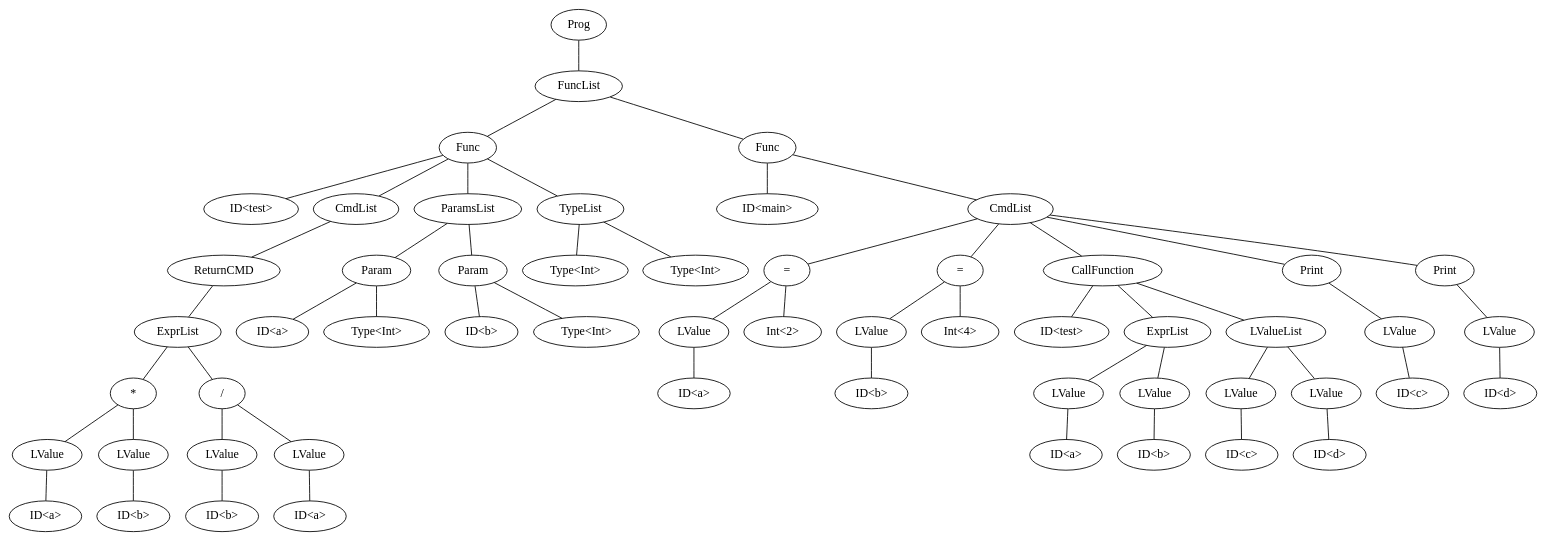
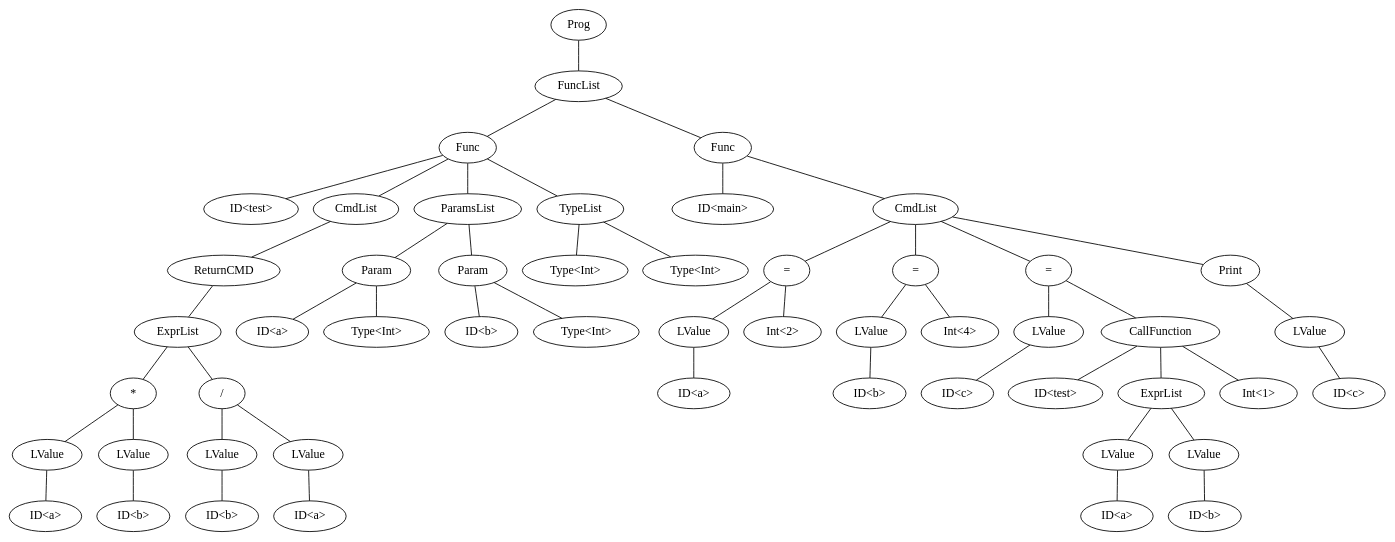
One commit to Patrick448/Trabalho-Compiladores changed the diagram in ast.dot. Above: the diagram before and after it, drawn with Graphviz. The commit also changed 1 other file, not shown here.

```diff
--- a/ast.dot
+++ b/ast.dot
@@ -1,113 +1,105 @@
 graph program {
-55 [label=Prog]
-55--25
+51 [label=Prog]
+51--25
 25 [label=FuncList]
 25--24
 24 [label="Func"]
 24--23
 23 [label="ID<test>"]
 24--22
 22 [label=CmdList]
 22--21
 21 [label="ReturnCMD"]
 21--15
 15 [label=ExprList]
 15--14
 14 [label= "*"]
 14--11
 11 [label="LValue"]
 11--10
 10 [label="ID<a>"]
 14--13
 13 [label="LValue"]
 13--12
 12 [label="ID<b>"]
 15--20
 20 [label= "/"]
 20--17
 17 [label="LValue"]
 17--16
 16 [label="ID<b>"]
 20--19
 19 [label="LValue"]
 19--18
 18 [label="ID<a>"]
 24--3
 3 [label="ParamsList"]
 3--2
 2 [label="Param"]
 2--1
 1 [label="ID<a>"]
 2--0
 0 [label="Type<Int>"]
 3--6
 6 [label="Param"]
 6--5
 5 [label="ID<b>"]
 6--4
 4 [label="Type<Int>"]
 24--8
 8 [label="TypeList"]
 8--7
 7 [label="Type<Int>"]
 8--9
 9 [label="Type<Int>"]
-25--54
-54 [label="Func"]
-54--53
-53 [label="ID<main>"]
-54--30
+25--50
+50 [label="Func"]
+50--49
+49 [label="ID<main>"]
+50--30
 30 [label=CmdList]
 30--29
 29 [label= "="]
 29--27
 27 [label="LValue"]
 27--26
 26 [label="ID<a>"]
 29--28
 28 [label="Int<2>"]
 30--34
 34 [label= "="]
 34--32
 32 [label="LValue"]
 32--31
 31 [label="ID<b>"]
 34--33
 33 [label="Int<4>"]
-30--46
-46 [label= "CallFunction"]
-46--45
-45 [label="ID<test>"]
-46--37
-37 [label=ExprList]
-37--36
+30--45
+45 [label= "="]
+45--36
 36 [label="LValue"]
 36--35
-35 [label="ID<a>"]
-37--39
-39 [label="LValue"]
+35 [label="ID<c>"]
+45--44
+44 [label= "CallFunction"]
+44--43
+43 [label="ID<test>"]
+44--39
+39 [label=ExprList]
 39--38
-38 [label="ID<b>"]
-46--42
-42 [label=LValueList]
-42--41
+38 [label="LValue"]
+38--37
+37 [label="ID<a>"]
+39--41
 41 [label="LValue"]
 41--40
-40 [label="ID<c>"]
-42--44
-44 [label="LValue"]
-44--43
-43 [label="ID<d>"]
-30--49
-49 [label="Print"]
-49--48
-48 [label="LValue"]
+40 [label="ID<b>"]
+44--42
+42 [label="Int<1>"]
+30--48
+48 [label="Print"]
 48--47
-47 [label="ID<c>"]
-30--52
-52 [label="Print"]
-52--51
-51 [label="LValue"]
-51--50
-50 [label="ID<d>"]
+47 [label="LValue"]
+47--46
+46 [label="ID<c>"]
 }
```
